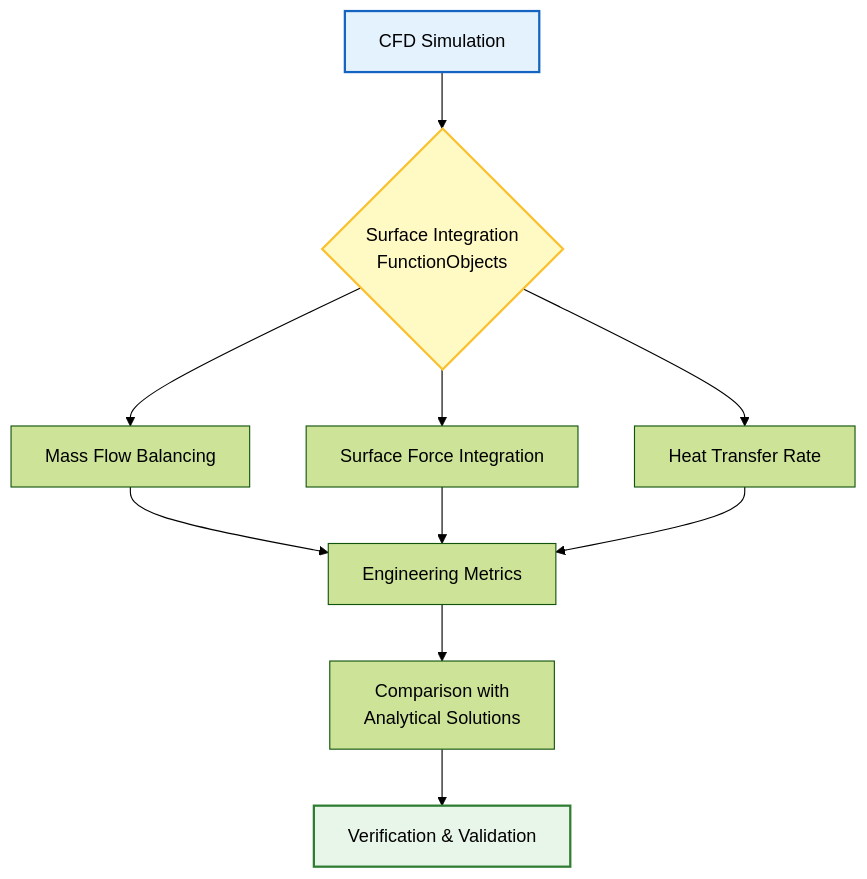
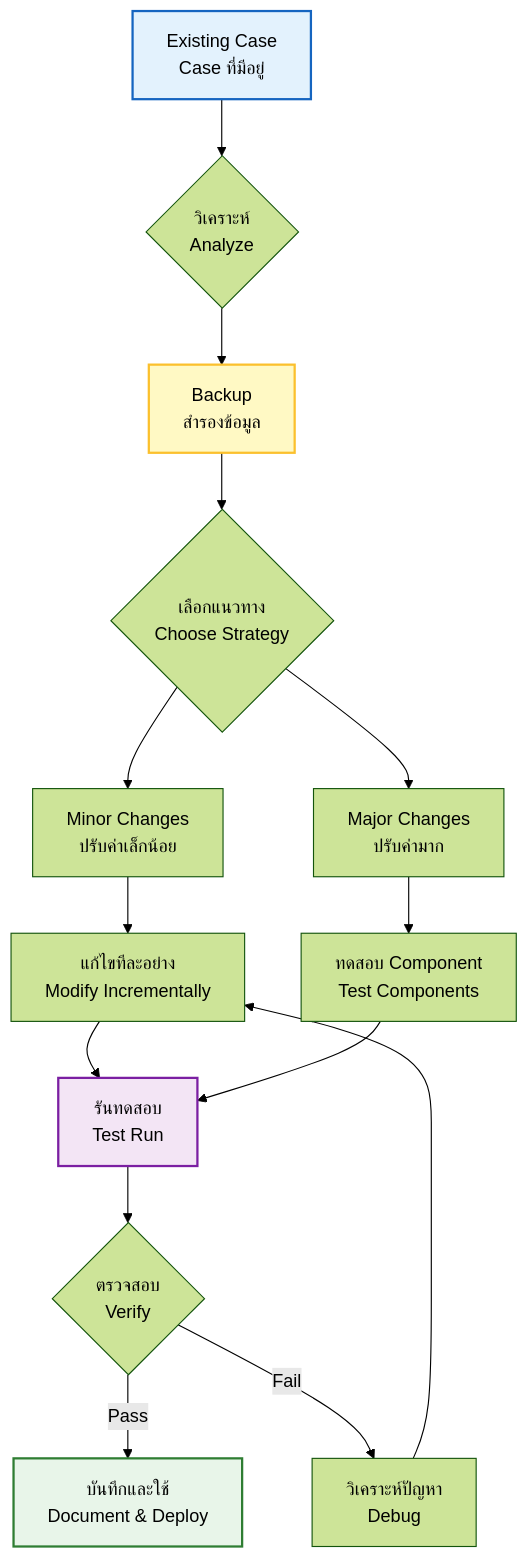
The diagram in MODULE_07_UTILITIES_AUTOMATION/CONTENT/03_POST_PROCESSING/03_Surface_Integration.md (wramet/build-my-cfd), drawn with Mermaid (forest theme) before and after one commit. The commit also changed other lines of this file and 2996 other files, not shown here.

````diff
--- a/MODULE_07_UTILITIES_AUTOMATION/CONTENT/03_POST_PROCESSING/03_Surface_Integration.md
+++ b/MODULE_07_UTILITIES_AUTOMATION/CONTENT/03_POST_PROCESSING/03_Surface_Integration.md
@@ -297,16 +768,21 @@
 ```mermaid
 flowchart TD
-    A[CFD Simulation] --> B{Surface Integration<br/>FunctionObjects}
-    B --> C[Mass Flow Balancing]
-    B --> D[Surface Force Integration]
-    B --> E[Heat Transfer Rate]
-    C --> F[Engineering Metrics]
-    D --> F
-    E --> F
-    F --> G[Comparison with<br/>Analytical Solutions]
-    G --> H[Verification & Validation]
-
+    A[Existing Case<br/>Case ที่มีอยู่] --> B{วิเคราะห์<br/>Analyze}
+    B --> C[Backup<br/>สำรองข้อมูล]
+    C --> D{เลือกแนวทาง<br/>Choose Strategy}
+    D --> E[Minor Changes<br/>ปรับค่าเล็กน้อย]
+    D --> F[Major Changes<br/>ปรับค่ามาก]
+    E --> G[แก้ไขทีละอย่าง<br/>Modify Incrementally]
+    F --> H[ทดสอบ Component<br/>Test Components]
+    G --> I[รันทดสอบ<br/>Test Run]
+    H --> I
+    I --> J{ตรวจสอบ<br/>Verify}
+    J -->|Pass| K[บันทึกและใช้<br/>Document & Deploy]
+    J -->|Fail| L[วิเคราะห์ปัญหา<br/>Debug]
+    L --> G
+    
     style A fill:#e3f2fd,stroke:#1565c0,stroke-width:2px
-    style B fill:#fff9c4,stroke:#fbc02d,stroke-width:2px
-    style H fill:#e8f5e9,stroke:#2e7d32,stroke-width:2px
+    style C fill:#fff9c4,stroke:#fbc02d,stroke-width:2px
+    style I fill:#f3e5f5,stroke:#7b1fa2,stroke-width:2px
+    style K fill:#e8f5e9,stroke:#2e7d32,stroke-width:2px
 ```
````
